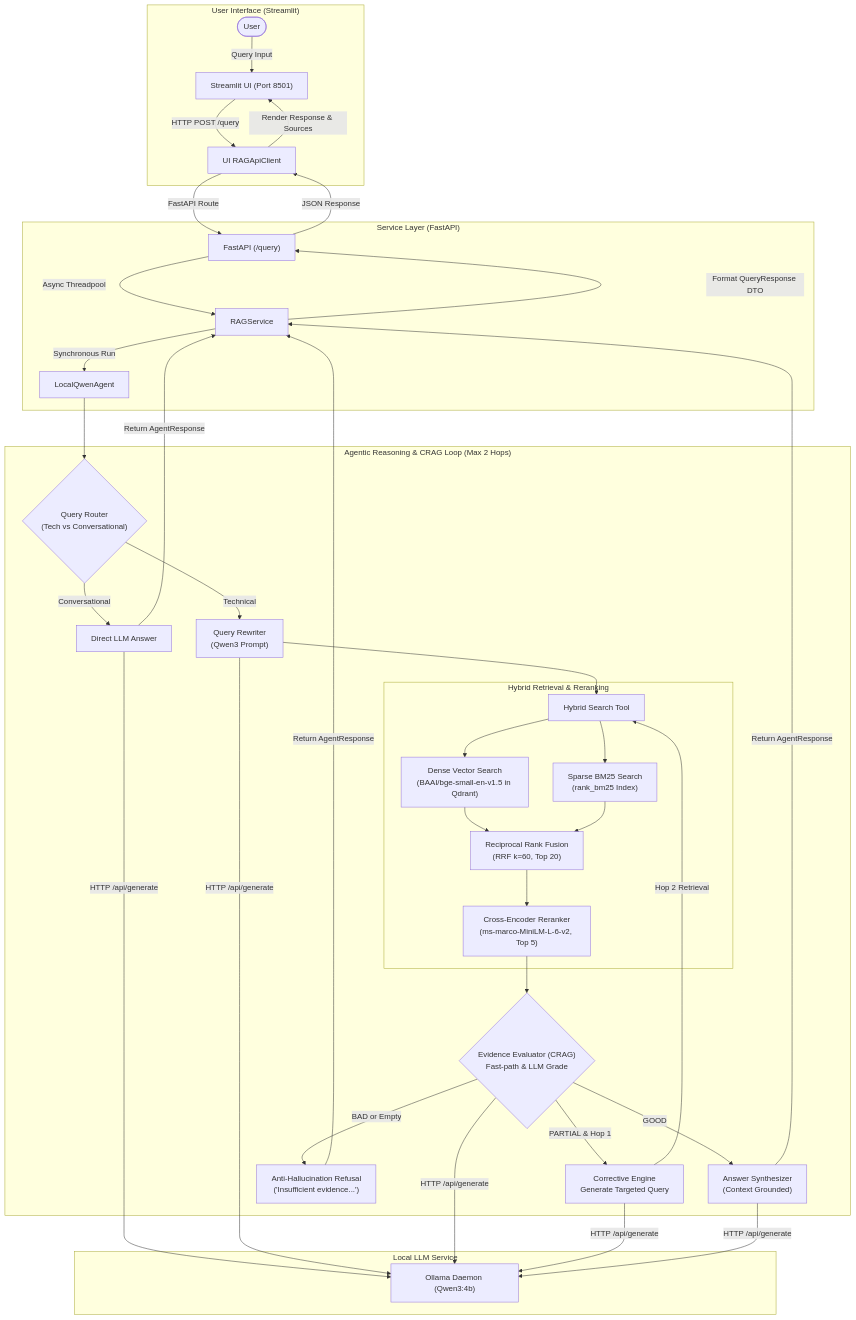
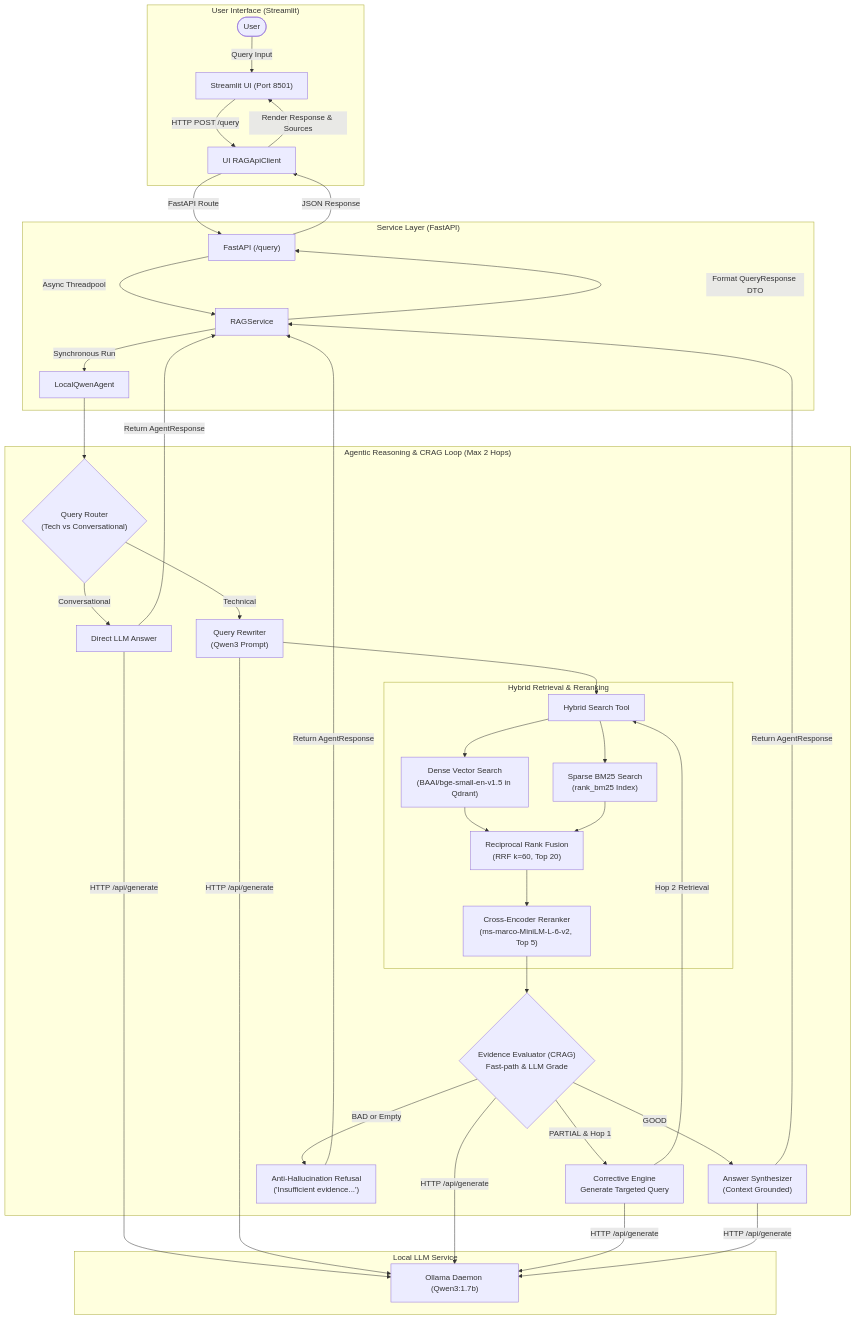
The first of 2 diagrams in README.md (sujayghosh13/hybrid-agentic-rag), drawn with Mermaid before and after one commit. The commit also changed other lines of this file, not shown here.

Commit message:
docs: update README with Qwen3:1.7b, synthesis safeguards, and stress-test benchmarks

````diff
--- a/README.md
+++ b/README.md
@@ -46,44 +46,44 @@
 ```mermaid
 flowchart TD
     subgraph UI ["User Interface (Streamlit)"]
         User(["User"]) -->|Query Input| StreamlitUI["Streamlit UI (Port 8501)"]
         StreamlitUI -->|HTTP POST /query| ApiClient["UI RAGApiClient"]
     end
 
     subgraph API ["Service Layer (FastAPI)"]
         ApiClient -->|FastAPI Route| FastAPIRoutes["FastAPI (/query)"]
         FastAPIRoutes -->|Async Threadpool| RAGService["RAGService"]
         RAGService -->|Synchronous Run| Agent["LocalQwenAgent"]
     end
 
     subgraph Orchestration ["Agentic Reasoning & CRAG Loop (Max 2 Hops)"]
         Agent --> Router{"Query Router\n(Tech vs Conversational)"}
         Router -->|Conversational| DirectAnswer["Direct LLM Answer"]
         Router -->|Technical| Rewriter["Query Rewriter\n(Qwen3 Prompt)"]
         
         Rewriter --> HybridSearch["Hybrid Search Tool"]
         
         subgraph Retrieval ["Hybrid Retrieval & Reranking"]
             HybridSearch --> Dense["Dense Vector Search\n(BAAI/bge-small-en-v1.5 in Qdrant)"]
             HybridSearch --> Sparse["Sparse BM25 Search\n(rank_bm25 Index)"]
             Dense & Sparse --> RRF["Reciprocal Rank Fusion\n(RRF k=60, Top 20)"]
             RRF --> Reranker["Cross-Encoder Reranker\n(ms-marco-MiniLM-L-6-v2, Top 5)"]
         end
 
         Reranker --> Evaluator{"Evidence Evaluator (CRAG)\nFast-path & LLM Grade"}
         
         Evaluator -->|GOOD| Synthesizer["Answer Synthesizer\n(Context Grounded)"]
         Evaluator -->|PARTIAL & Hop 1| Corrective["Corrective Engine\nGenerate Targeted Query"]
         Corrective -->|Hop 2 Retrieval| HybridSearch
         Evaluator -->|BAD or Empty| Refusal["Anti-Hallucination Refusal\n('Insufficient evidence...')"]
     end
 
     subgraph LLM ["Local LLM Service"]
-        DirectAnswer & Rewriter & Evaluator & Corrective & Synthesizer -->|HTTP /api/generate| Ollama["Ollama Daemon (Qwen3:4b)"]
+        DirectAnswer & Rewriter & Evaluator & Corrective & Synthesizer -->|HTTP /api/generate| Ollama["Ollama Daemon (Qwen3:1.7b)"]
     end
 
     Synthesizer & Refusal & DirectAnswer -->|Return AgentResponse| RAGService
     RAGService -->|Format QueryResponse DTO| FastAPIRoutes
     FastAPIRoutes -->|JSON Response| ApiClient
     ApiClient -->|Render Response & Sources| StreamlitUI
 ```
````
